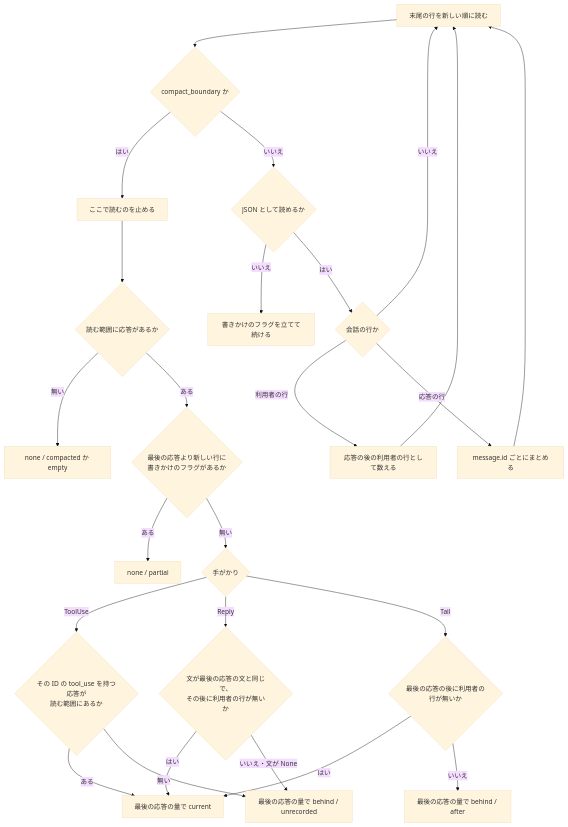
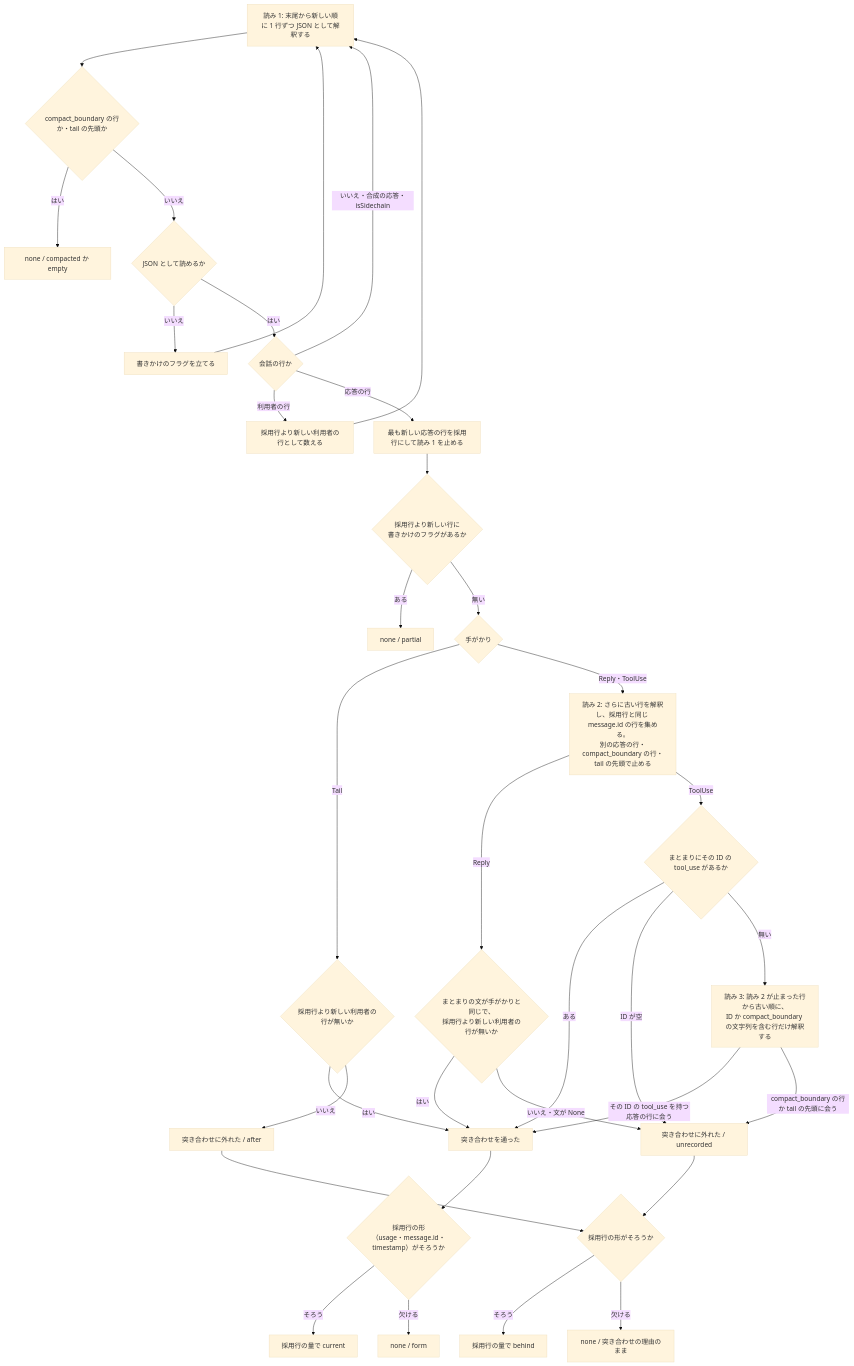
Before and after one commit to devbasex/ai-plugins: the third of 3 diagrams in issues/issue-4089-design.md, drawn with Mermaid (base theme). The commit also changed other lines of this file, not shown here.

Commit message:
Docs: #4089 の処理の流れの図を 3 つの読みと採用行の形の確かめに合わせ、早い終わりを決定 7 にも書く（#4089）

````diff
--- a/issues/issue-4089-design.md
+++ b/issues/issue-4089-design.md
@@ -104,25 +104,34 @@
 ```mermaid
 flowchart TD
-  A[末尾の行を新しい順に読む] --> B{compact_boundary か}
-  B -- はい --> STOP[ここで読むのを止める]
+  A["読み 1: 末尾から新しい順に 1 行ずつ JSON として解釈する"] --> B{compact_boundary の行か・tail の先頭か}
+  B -- はい --> N[none / compacted か empty]
   B -- いいえ --> J{JSON として読めるか}
-  J -- いいえ --> P[書きかけのフラグを立てて続ける]
+  J -- いいえ --> P[書きかけのフラグを立てる] --> A
   J -- はい --> C{会話の行か}
-  C -- いいえ --> A
-  C -- 利用者の行 --> U[応答の後の利用者の行として数える] --> A
-  C -- 応答の行 --> D[message.id ごとにまとめる] --> A
-  STOP --> E{読む範囲に応答があるか}
-  E -- 無い --> N[none / compacted か empty]
-  E -- ある --> PP{最後の応答より新しい行に<br/>書きかけのフラグがあるか}
+  C -- いいえ・合成の応答・isSidechain --> A
+  C -- 利用者の行 --> U[採用行より新しい利用者の行として数える] --> A
+  C -- 応答の行 --> R1[最も新しい応答の行を採用行にして読み 1 を止める]
+  R1 --> PP{採用行より新しい行に<br/>書きかけのフラグがあるか}
   PP -- ある --> N2[none / partial]
   PP -- 無い --> H{手がかり}
-  H -- ToolUse --> F{その ID の tool_use を持つ応答が<br/>読む範囲にあるか}
-  F -- ある --> CUR[最後の応答の量で current]
-  F -- 無い --> BEH[最後の応答の量で behind / unrecorded]
-  H -- Reply --> G{文が最後の応答の文と同じで、<br/>その後に利用者の行が無いか}
-  G -- はい --> CUR
-  G -- いいえ・文が None --> BEH
-  H -- Tail --> T{最後の応答の後に利用者の行が無いか}
-  T -- はい --> CUR
-  T -- いいえ --> BEH2[最後の応答の量で behind / after]
+  H -- Tail --> T{採用行より新しい利用者の行が無いか}
+  T -- はい --> OK[突き合わせを通った]
+  T -- いいえ --> NG1[突き合わせに外れた / after]
+  H -- Reply・ToolUse --> R2["読み 2: さらに古い行を解釈し、採用行と同じ message.id の行を集める。<br/>別の応答の行・compact_boundary の行・tail の先頭で止める"]
+  R2 -- Reply --> G{まとまりの文が手がかりと同じで、<br/>採用行より新しい利用者の行が無いか}
+  G -- はい --> OK
+  G -- いいえ・文が None --> NG2[突き合わせに外れた / unrecorded]
+  R2 -- ToolUse --> K{まとまりにその ID の tool_use があるか}
+  K -- ある --> OK
+  K -- ID が空 --> NG2
+  K -- 無い --> R3["読み 3: 読み 2 が止まった行から古い順に、<br/>ID か compact_boundary の文字列を含む行だけ解釈する"]
+  R3 -- その ID の tool_use を持つ応答の行に会う --> OK
+  R3 -- compact_boundary の行か tail の先頭に会う --> NG2
+  OK --> FM{採用行の形<br/>（usage・message.id・timestamp）がそろうか}
+  FM -- そろう --> CUR[採用行の量で current]
+  FM -- 欠ける --> NF[none / form]
+  NG1 --> FB{採用行の形がそろうか}
+  NG2 --> FB
+  FB -- そろう --> BEH[採用行の量で behind]
+  FB -- 欠ける --> NB[none / 突き合わせの理由のまま]
 ```
````
